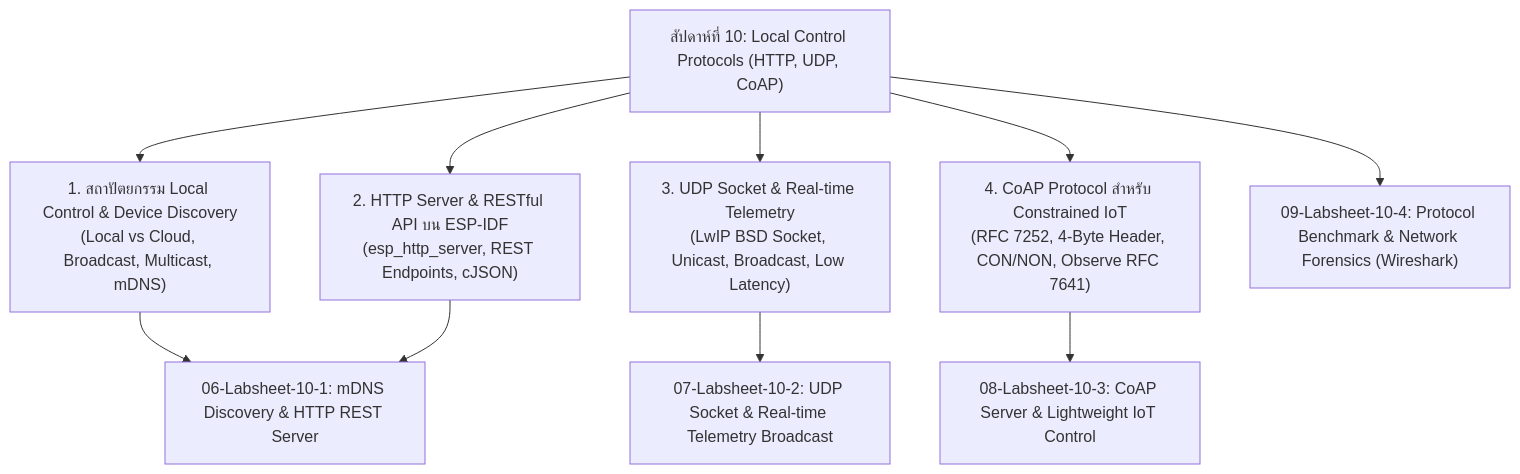
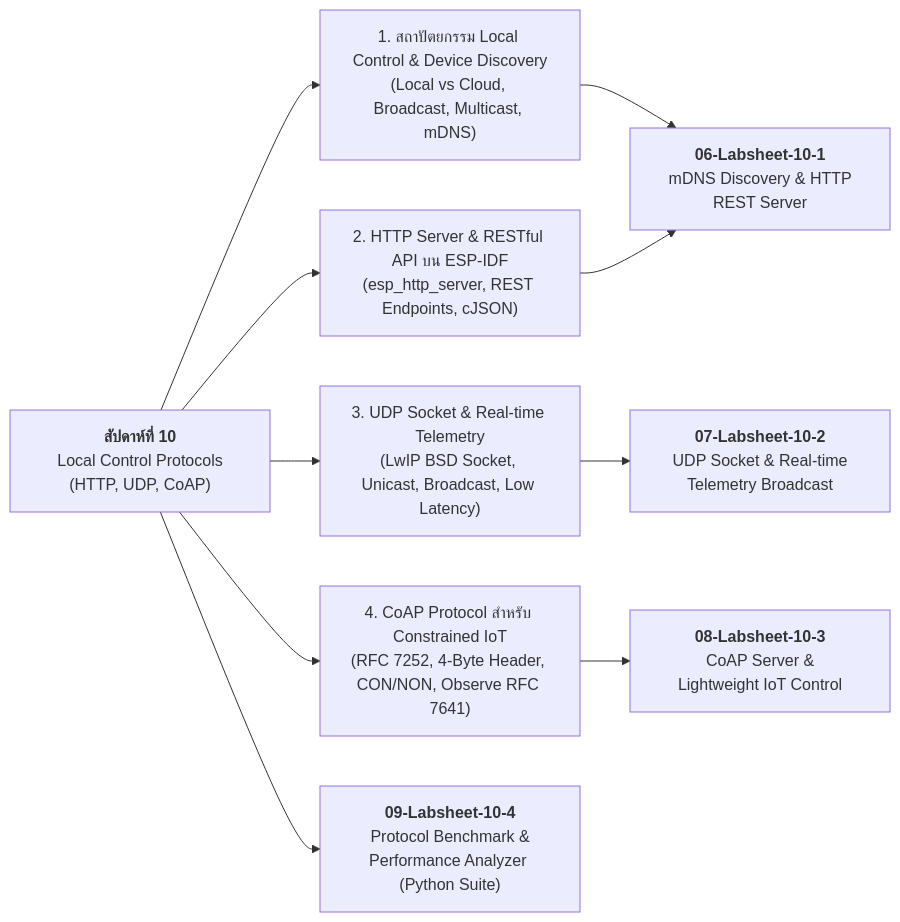
The diagram in Readme.md (IoT-App-2569/Week-10-HTTP-UDP-CoAP-Local-Communication-and-Control), drawn with Mermaid before and after one commit. The commit also changed other lines of this file and 4 other files, not shown here.

````diff
--- a/Readme.md
+++ b/Readme.md
@@ -23,13 +23,13 @@
 ```mermaid
-flowchart TD
-    A["สัปดาห์ที่ 10: Local Control Protocols (HTTP, UDP, CoAP)"] --> B["1. สถาปัตยกรรม Local Control & Device Discovery<br/>(Local vs Cloud, Broadcast, Multicast, mDNS)"]
+flowchart LR
+    A["<b>สัปดาห์ที่ 10</b><br> Local Control Protocols (HTTP, UDP, CoAP)"] --> B["1. สถาปัตยกรรม Local Control & Device Discovery<br/>(Local vs Cloud, Broadcast, Multicast, mDNS)"]
     A --> C["2. HTTP Server & RESTful API บน ESP-IDF<br/>(esp_http_server, REST Endpoints, cJSON)"]
     A --> D["3. UDP Socket & Real-time Telemetry<br/>(LwIP BSD Socket, Unicast, Broadcast, Low Latency)"]
     A --> E["4. CoAP Protocol สำหรับ Constrained IoT<br/>(RFC 7252, 4-Byte Header, CON/NON, Observe RFC 7641)"]
 
-    B --> F["06-Labsheet-10-1: mDNS Discovery & HTTP REST Server"]
+    B --> F["<b>06-Labsheet-10-1</b><br> mDNS Discovery & HTTP REST Server"]
     C --> F
-    D --> G["07-Labsheet-10-2: UDP Socket & Real-time Telemetry Broadcast"]
-    E --> H["08-Labsheet-10-3: CoAP Server & Lightweight IoT Control"]
-    A --> I["09-Labsheet-10-4: Protocol Benchmark & Network Forensics (Wireshark)"]
+    D --> G["<b>07-Labsheet-10-2</b><br> UDP Socket & Real-time Telemetry Broadcast"]
+    E --> H["<b>08-Labsheet-10-3</b><br> CoAP Server & Lightweight IoT Control"]
+    A --> I["<b>09-Labsheet-10-4</b><br> Protocol Benchmark & Performance Analyzer (Python Suite)"]
 ```
````
